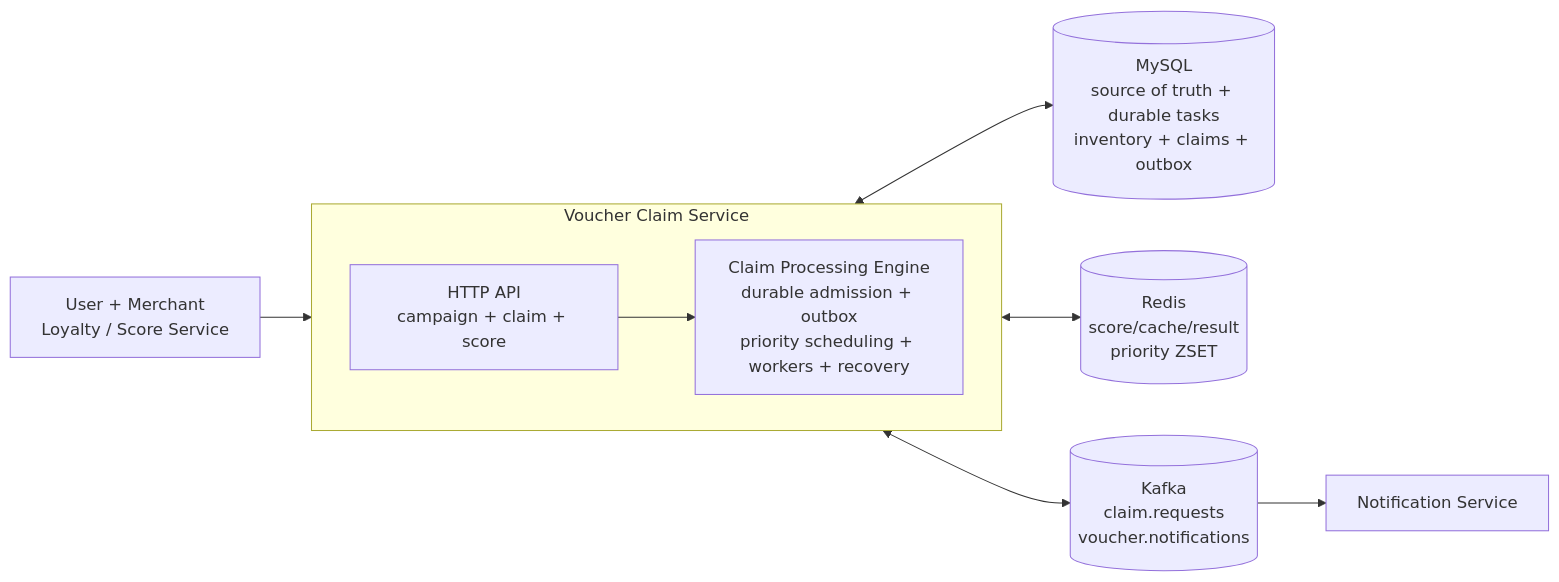
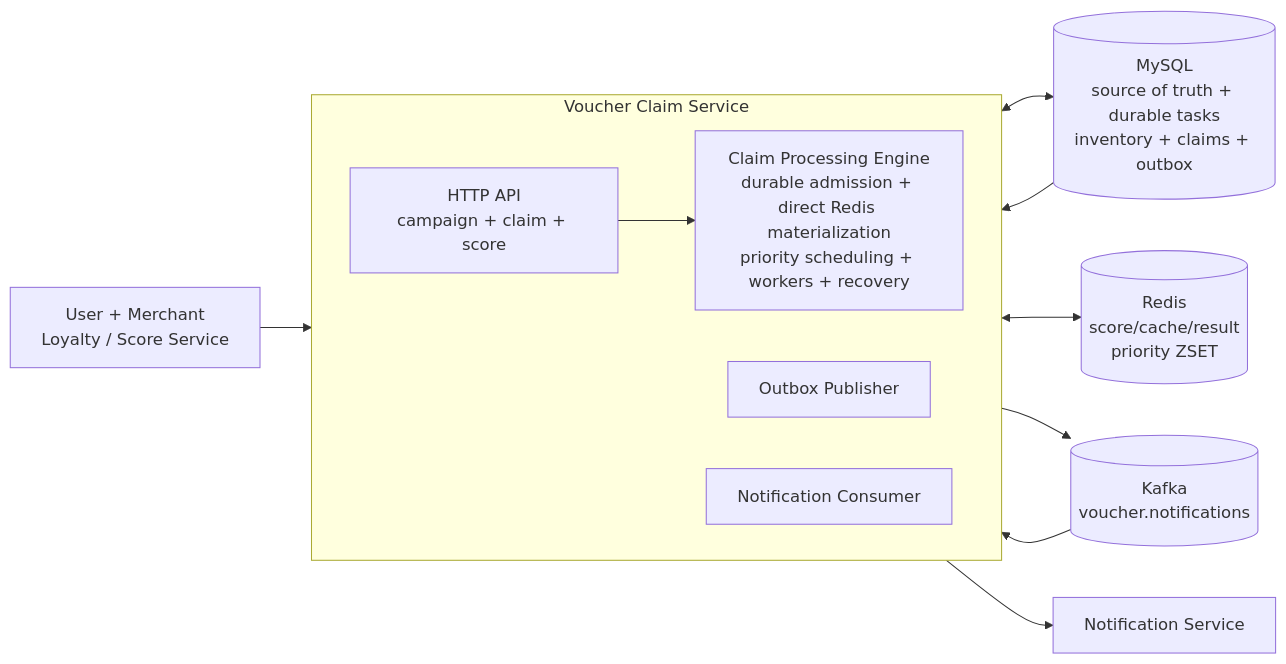
Before and after one commit to PhamDinhDuy-2508/Voucher-claim-system: the first of 13 diagrams in SOLUTION.md, drawn with Mermaid. The commit also changed other lines of this file and 16 other files, not shown here.

Commit message:
Simplify claim admission with direct Redis materialization

````diff
--- a/SOLUTION.md
+++ b/SOLUTION.md
@@ -137,22 +137,23 @@
 ```mermaid
 flowchart LR
     CLIENTS[User + Merchant<br/>Loyalty / Score Service]
 
     subgraph VCS[Voucher Claim Service]
         direction LR
         API[HTTP API<br/>campaign + claim + score]
-        ENGINE[Claim Processing Engine<br/>durable admission + outbox<br/>priority scheduling + workers + recovery]
+        ENGINE[Claim Processing Engine<br/>durable admission + direct Redis materialization<br/>priority scheduling + workers + recovery]
+        OUTBOX[Outbox Publisher]
+        CONSUMER[Notification Consumer]
         API --> ENGINE
     end
 
     MYSQL[(MySQL<br/>source of truth + durable tasks<br/>inventory + claims + outbox)]
     REDIS[(Redis<br/>score/cache/result<br/>priority ZSET)]
-    KAFKA[(Kafka<br/>claim.requests<br/>voucher.notifications)]
+    KAFKA[(Kafka<br/>voucher.notifications)]
     NOTIFY[Notification Service]
 
     CLIENTS --> API
     ENGINE <--> MYSQL
     ENGINE <--> REDIS
-    ENGINE <--> KAFKA
-    KAFKA --> NOTIFY
+    MYSQL --> OUTBOX --> KAFKA --> CONSUMER --> NOTIFY
 ```
````
